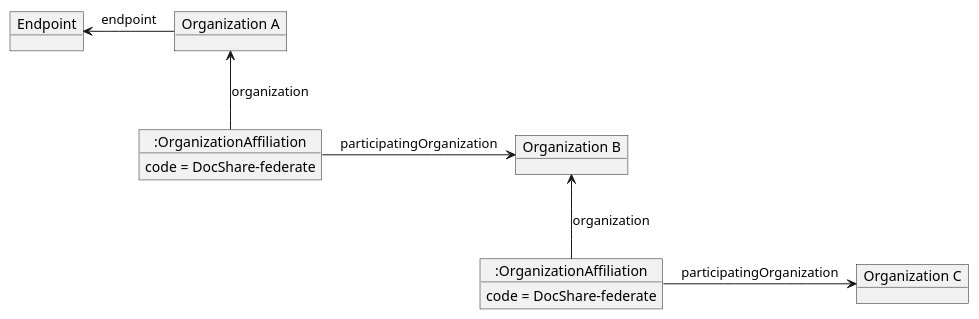
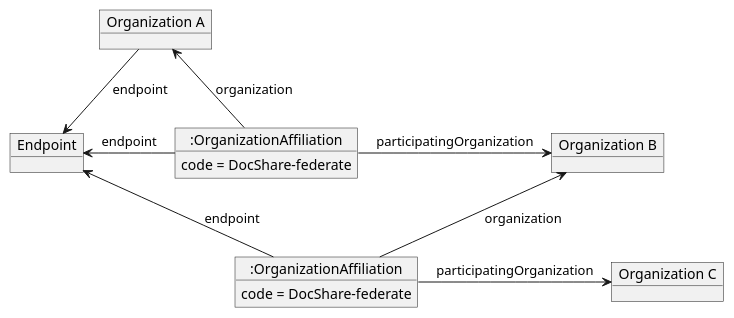
Before and after one commit to IHE/ITI.mCSD: the diagram in input/images-source/dir-endpoint-to-org-affiliates.plantuml, drawn with PlantUML.

```diff
--- a/input/images-source/dir-endpoint-to-org-affiliates.plantuml
+++ b/input/images-source/dir-endpoint-to-org-affiliates.plantuml
@@ -1,19 +1,21 @@
 @startuml
 hide footbox
 
 object "Organization A" as OrganizationA
 object "Organization B" as OrganizationB
 object "Endpoint" as EndpointA
 object "Organization C" as OrganizationC
 object ":OrganizationAffiliation" as OrgAff
 OrgAff : code = DocShare-federate
 OrgAff -> OrganizationB : participatingOrganization
 OrganizationA <-- OrgAff : organization
 object ":OrganizationAffiliation" as OrgAff2
 OrgAff2 : code = DocShare-federate
 OrgAff2 -> OrganizationC : participatingOrganization
 OrganizationB <-- OrgAff2 : organization
 
-EndpointA <- OrganizationA : endpoint
+OrganizationA -> EndpointA : endpoint
+EndpointA <- OrgAff : endpoint
+EndpointA <- OrgAff2 : endpoint
 
 @enduml
```
